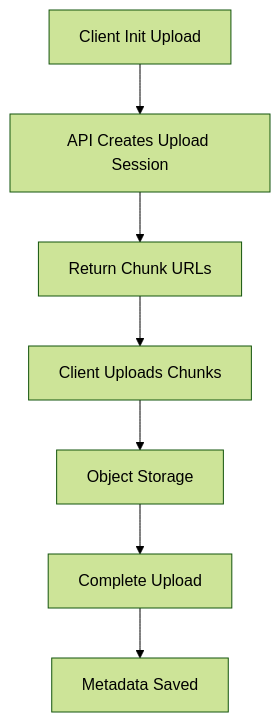
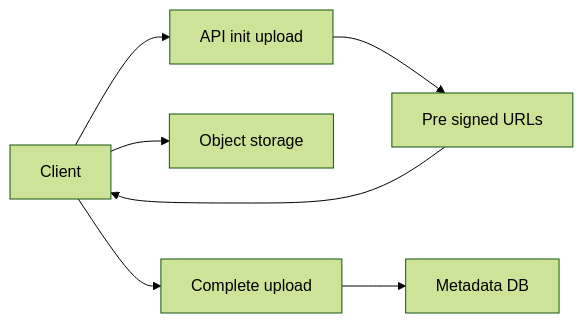
Before and after one commit to mthaiseer/springcloud-systemdesign-notes: the seventh of 16 diagrams in HLD_NOTES/002_TYPES_OF_INTERVIEWS/000_All_types_quick_reference.md, drawn with Mermaid (forest theme). The commit also changed other lines of this file and 1 other file, not shown here.

````diff
--- a/HLD_NOTES/002_TYPES_OF_INTERVIEWS/000_All_types_quick_reference.md
+++ b/HLD_NOTES/002_TYPES_OF_INTERVIEWS/000_All_types_quick_reference.md
@@ -500,9 +896,15 @@
 ```mermaid
-flowchart TD
-  A[Client Init Upload] --> B[API Creates Upload Session]
-  B --> C[Return Chunk URLs]
-  C --> D[Client Uploads Chunks]
-  D --> E[Object Storage]
-  E --> F[Complete Upload]
-  F --> G[Metadata Saved]
+flowchart LR
+  A[Client]
+  B[API init upload]
+  C[Pre signed URLs]
+  D[Object storage]
+  E[Complete upload]
+  F[Metadata DB]
+  A --> B
+  B --> C
+  C --> A
+  A --> D
+  A --> E
+  E --> F
 ```
````
